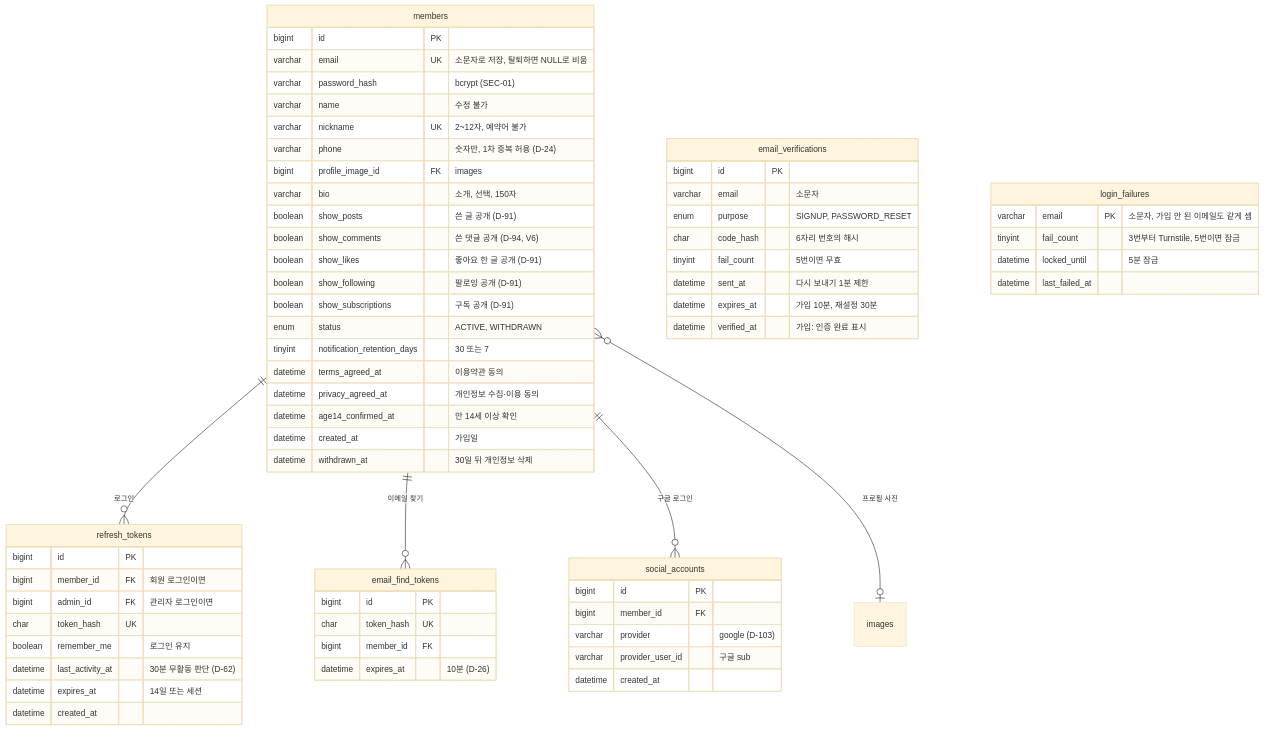
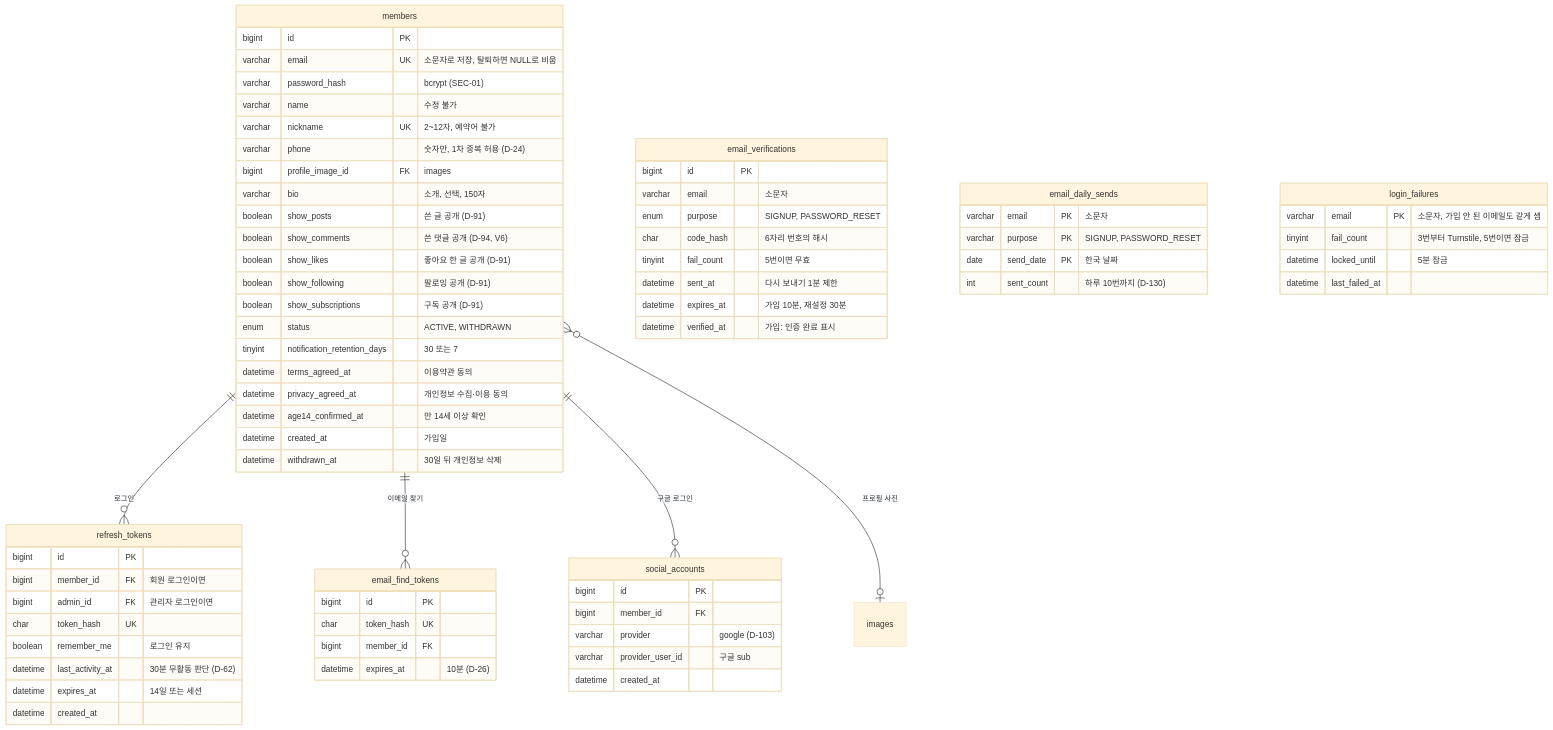
Before and after one commit to blogNM/blogproject: the second of 6 diagrams in docs/04-design/ERD.md, drawn with Mermaid (base theme). The commit also changed other lines of this file and 23 other files, not shown here.

````diff
--- a/docs/04-design/ERD.md
+++ b/docs/04-design/ERD.md
@@ -50,69 +50,75 @@
 ```mermaid
 erDiagram
     members {
         bigint id PK
         varchar email UK "소문자로 저장, 탈퇴하면 NULL로 비움"
         varchar password_hash "bcrypt (SEC-01)"
         varchar name "수정 불가"
         varchar nickname UK "2~12자, 예약어 불가"
         varchar phone "숫자만, 1차 중복 허용 (D-24)"
         bigint profile_image_id FK "images"
         varchar bio "소개, 선택, 150자"
         boolean show_posts "쓴 글 공개 (D-91)"
         boolean show_comments "쓴 댓글 공개 (D-94, V6)"
         boolean show_likes "좋아요 한 글 공개 (D-91)"
         boolean show_following "팔로잉 공개 (D-91)"
         boolean show_subscriptions "구독 공개 (D-91)"
         enum status "ACTIVE, WITHDRAWN"
         tinyint notification_retention_days "30 또는 7"
         datetime terms_agreed_at "이용약관 동의"
         datetime privacy_agreed_at "개인정보 수집·이용 동의"
         datetime age14_confirmed_at "만 14세 이상 확인"
         datetime created_at "가입일"
         datetime withdrawn_at "30일 뒤 개인정보 삭제"
     }
     email_verifications {
         bigint id PK
         varchar email "소문자"
         enum purpose "SIGNUP, PASSWORD_RESET"
         char code_hash "6자리 번호의 해시"
         tinyint fail_count "5번이면 무효"
         datetime sent_at "다시 보내기 1분 제한"
         datetime expires_at "가입 10분, 재설정 30분"
         datetime verified_at "가입: 인증 완료 표시"
+    }
+    email_daily_sends {
+        varchar email PK "소문자"
+        varchar purpose PK "SIGNUP, PASSWORD_RESET"
+        date send_date PK "한국 날짜"
+        int sent_count "하루 10번까지 (D-130)"
     }
     email_find_tokens {
         bigint id PK
         char token_hash UK
         bigint member_id FK
         datetime expires_at "10분 (D-26)"
     }
     refresh_tokens {
         bigint id PK
         bigint member_id FK "회원 로그인이면"
         bigint admin_id FK "관리자 로그인이면"
         char token_hash UK
         boolean remember_me "로그인 유지"
         datetime last_activity_at "30분 무활동 판단 (D-62)"
         datetime expires_at "14일 또는 세션"
         datetime created_at
     }
     social_accounts {
         bigint id PK
         bigint member_id FK
         varchar provider "google (D-103)"
         varchar provider_user_id "구글 sub"
         datetime created_at
     }
     login_failures {
         varchar email PK "소문자, 가입 안 된 이메일도 같게 셈"
         tinyint fail_count "3번부터 Turnstile, 5번이면 잠금"
         datetime locked_until "5분 잠금"
         datetime last_failed_at
     }
 
     members ||--o{ refresh_tokens : "로그인"
     members ||--o{ email_find_tokens : "이메일 찾기"
     members ||--o{ social_accounts : "구글 로그인"
     members }o--o| images : "프로필 사진"
 ```
````
